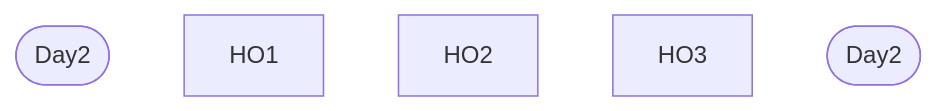
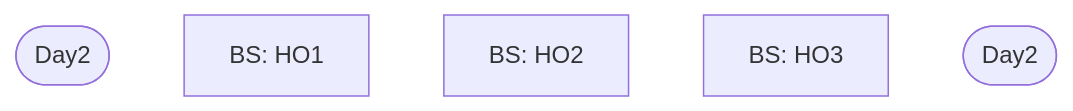
The second of 2 diagrams in specs/routing.md (KarasuTatehi/last-resort-disturbance), drawn with Mermaid before and after one commit. The commit also changed other lines of this file, not shown here.

Commit message:
specs/routing.md updated from https://stackedit.io/

````diff
--- a/specs/routing.md
+++ b/specs/routing.md
@@ -32,8 +32,8 @@
 ```mermaid
 flowchart TD
 D2S([Day2])
-HO1-D1["HO1"]
-HO2-D1["HO2"]
-HO3-D1["HO3"]
+HO1-D1-BS["BS: HO1"]
+HO2-D1-BS["BS: HO2"]
+HO3-D1-BS["BS: HO3"]
 D2E([Day2])
 ```
````
